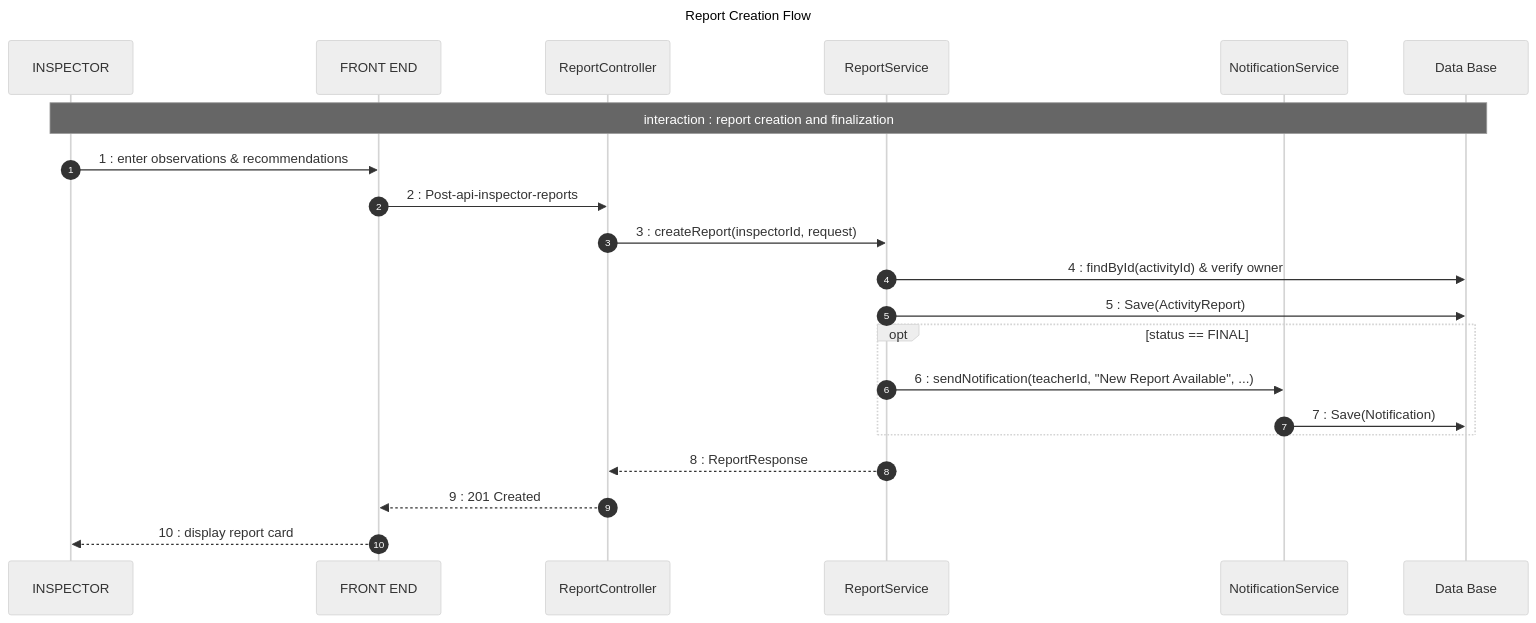
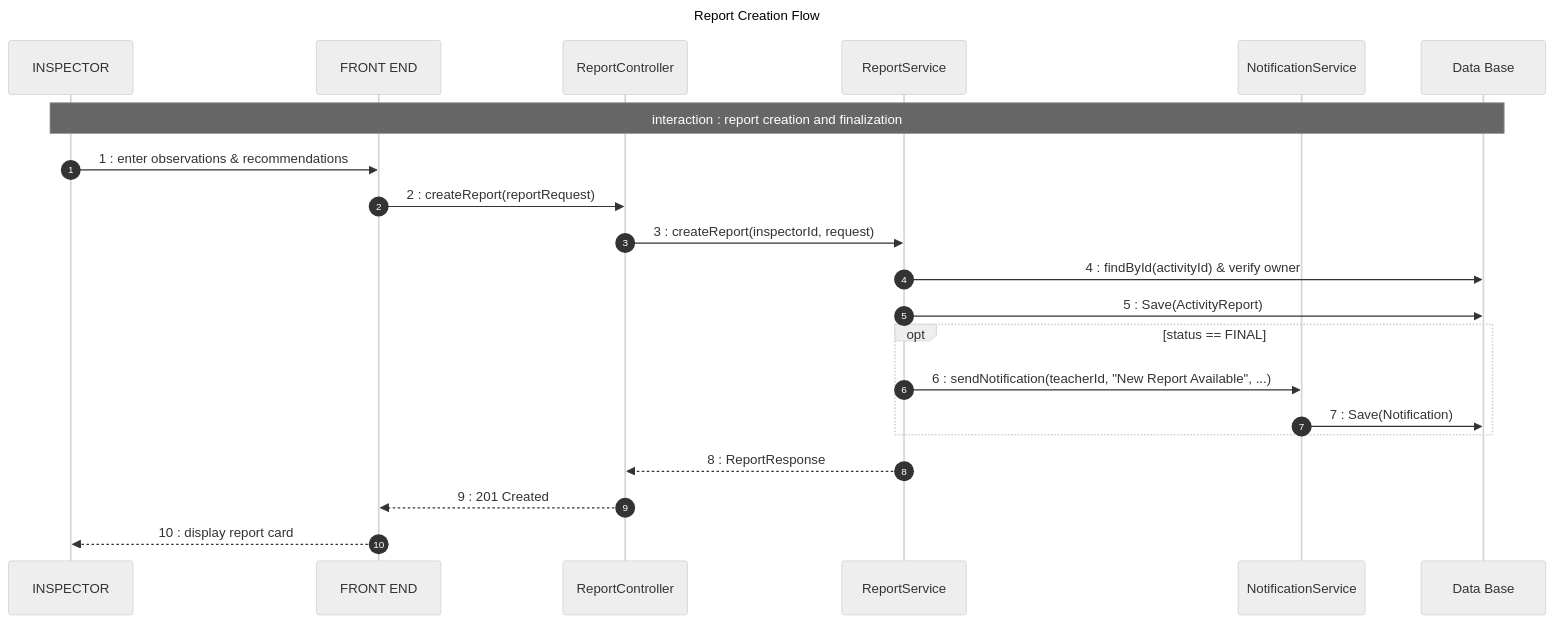
Before and after one commit to chbichibsofiene/inspector: the first of 5 diagrams in uml_diagrams/report_management_sequence.md, drawn with Mermaid (neutral theme). The commit also changed other lines of this file and 41 other files, not shown here.

Commit message:
feat: Sprint 4 - Communication & Analytics | updated UML diagrams, class diagrams (StarUML), Messenger service fixes, Docker configs, and documentation

````diff
--- a/uml_diagrams/report_management_sequence.md
+++ b/uml_diagrams/report_management_sequence.md
@@ -7,29 +7,29 @@
 ```mermaid
 sequenceDiagram
     title: Report Creation Flow
     autonumber
     participant USER as INSPECTOR
     participant FE as FRONT END
     participant RC as ReportController
     participant RS as ReportService
     participant NS as NotificationService
     participant DB as Data Base
 
     Note over USER, DB: interaction : report creation and finalization
 
     USER->>FE: 1 : enter observations & recommendations
-    FE->>RC: 2 : Post-api-inspector-reports
+    FE->>RC: 2 : createReport(reportRequest)
     RC->>RS: 3 : createReport(inspectorId, request)
     RS->>DB: 4 : findById(activityId) & verify owner
     
     RS->>DB: 5 : Save(ActivityReport)
     
     opt status == FINAL
         RS->>NS: 6 : sendNotification(teacherId, "New Report Available", ...)
         NS->>DB: 7 : Save(Notification)
     end
 
     RS-->>RC: 8 : ReportResponse
     RC-->>FE: 9 : 201 Created
     FE-->>USER: 10 : display report card
 ```
````
